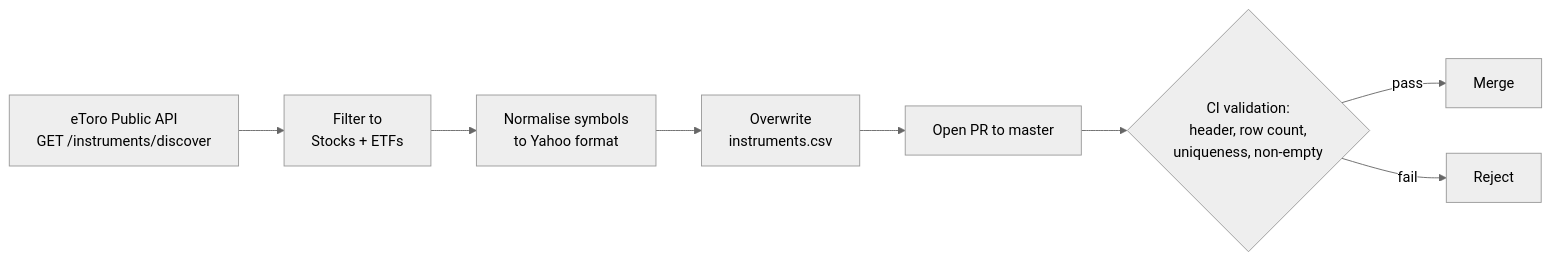
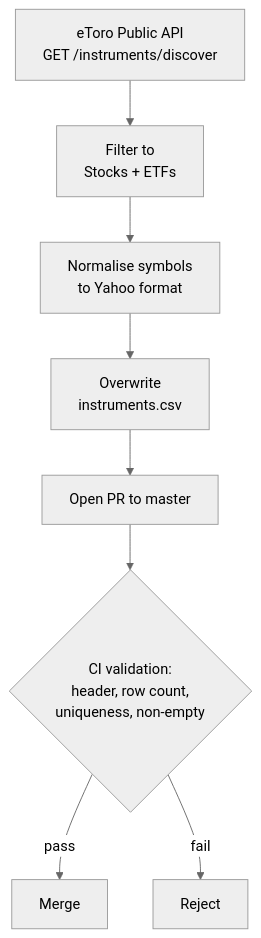
The diagram in README.md (weirdapps/etoro_tickers), drawn with Mermaid (neutral theme) before and after one commit.

Commit message:
docs: switch README architecture diagram to vertical layout
Convert the Mermaid diagram from horizontal (LR) to vertical (TD) so it renders
without horizontal scrolling in the GitHub README column.

````diff
--- a/README.md
+++ b/README.md
@@ -113,10 +113,10 @@
 ```mermaid
-flowchart LR
+flowchart TD
     A[eToro Public API<br/>GET /instruments/discover] --> B[Filter to<br/>Stocks + ETFs]
     B --> C[Normalise symbols<br/>to Yahoo format]
     C --> D[Overwrite<br/>instruments.csv]
     D --> E[Open PR to master]
     E --> F{CI validation:<br/>header, row count,<br/>uniqueness, non-empty}
     F -->|pass| G[Merge]
     F -->|fail| H[Reject]
 ```
````
